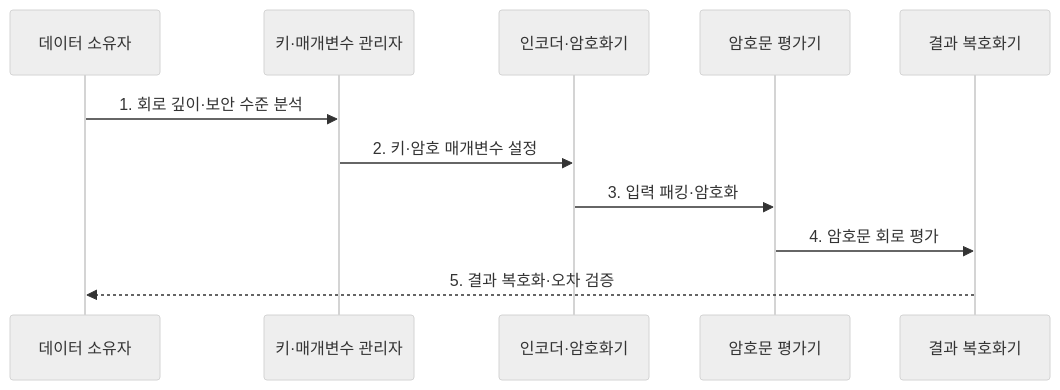
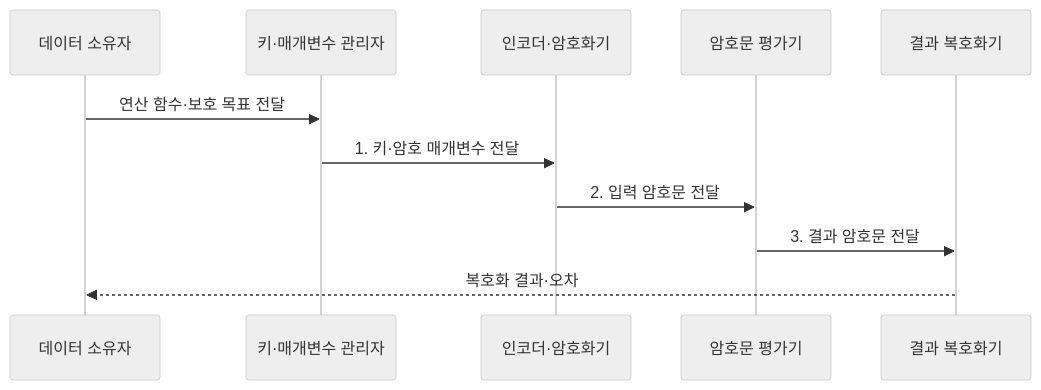
One commit to agnusdei1207/knowledge-base changed the second of 2 diagrams in src/content/docs/notes/08-latest-tech/114_homomorphic_encryption.md. Above: the diagram before and after it, drawn with Mermaid (neutral theme). The commit also changed other lines of this file and 225 other files, not shown here.

````diff
--- a/src/content/docs/notes/08-latest-tech/114_homomorphic_encryption.md
+++ b/src/content/docs/notes/08-latest-tech/114_homomorphic_encryption.md
@@ -81,13 +81,13 @@
 ```mermaid
 sequenceDiagram
     participant O as 데이터 소유자
     participant K as 키·매개변수 관리자
     participant E as 인코더·암호화기
     participant C as 암호문 평가기
     participant D as 결과 복호화기
-    O->>K: 1. 회로 깊이·보안 수준 분석
-    K->>E: 2. 키·암호 매개변수 설정
-    E->>C: 3. 입력 패킹·암호화
-    C->>D: 4. 암호문 회로 평가
-    D-->>O: 5. 결과 복호화·오차 검증
+    O->>K: 연산 함수·보호 목표 전달
+    K->>E: 1. 키·암호 매개변수 전달
+    E->>C: 2. 입력 암호문 전달
+    C->>D: 3. 결과 암호문 전달
+    D-->>O: 복호화 결과·오차
 ```
````
